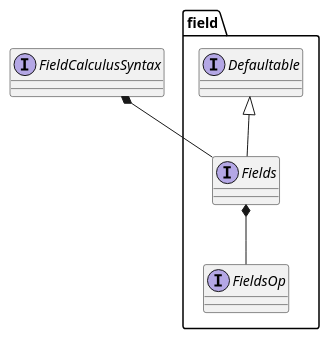
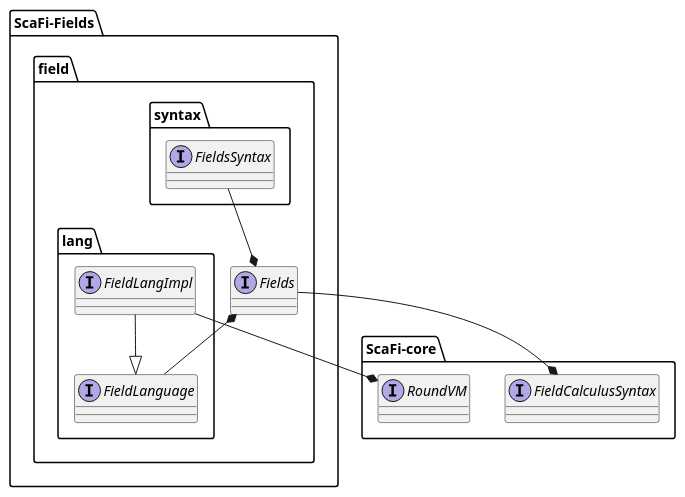
The diagram in assets/puml/fields.puml (RustFields/rustfields.github.io), drawn with PlantUML before and after one commit. The commit also changed 1 other file, not shown here.

Commit message:
refactor: refactor fields architecture diagram

```diff
--- a/assets/puml/fields.puml
+++ b/assets/puml/fields.puml
@@ -1,11 +1,27 @@
 @startuml
-interface FieldCalculusSyntax
-package field <<folder>> {
-interface Defaultable
-interface Fields
-interface FieldsOp
-Fields -up-|> Defaultable
-Fields -up-* FieldCalculusSyntax
-FieldsOp -up-* Fields
+package ScaFi-core {
+  interface "FieldCalculusSyntax" as FCS
+  interface "RoundVM" as RVM
 }
+
+package ScaFi-Fields {
+  package field {
+    interface "Fields" as F
+    package lang {
+      interface "FieldLanguage" as FL
+      interface "FieldLangImpl" as FLI
+    }
+    package syntax {
+      interface "FieldsSyntax" as FS
+    }
+  }
+}
+
+
+FS --* F
+F *-- FL
+FCS *-- F
+FLI --|> FL
+FLI --* RVM
+
 @enduml
```
